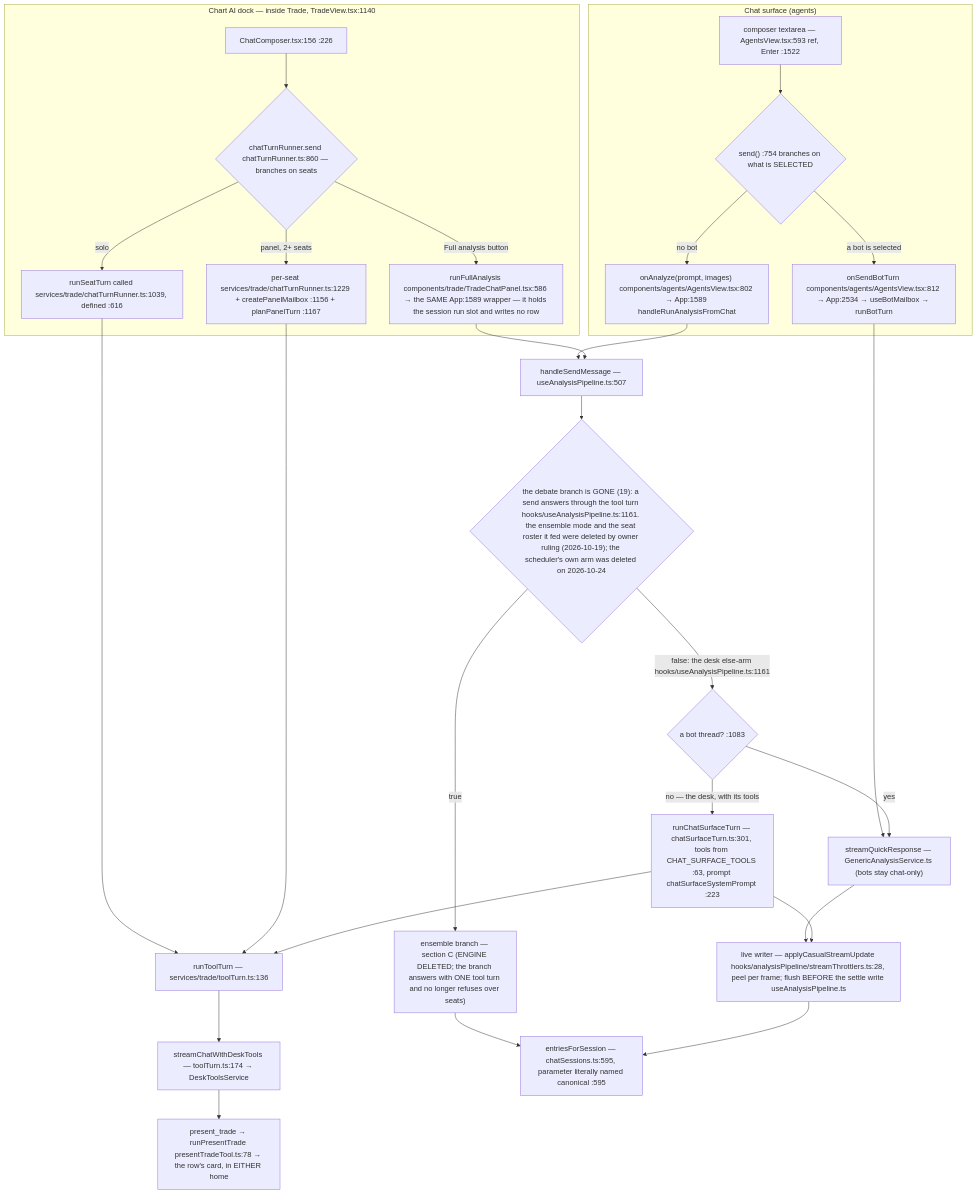
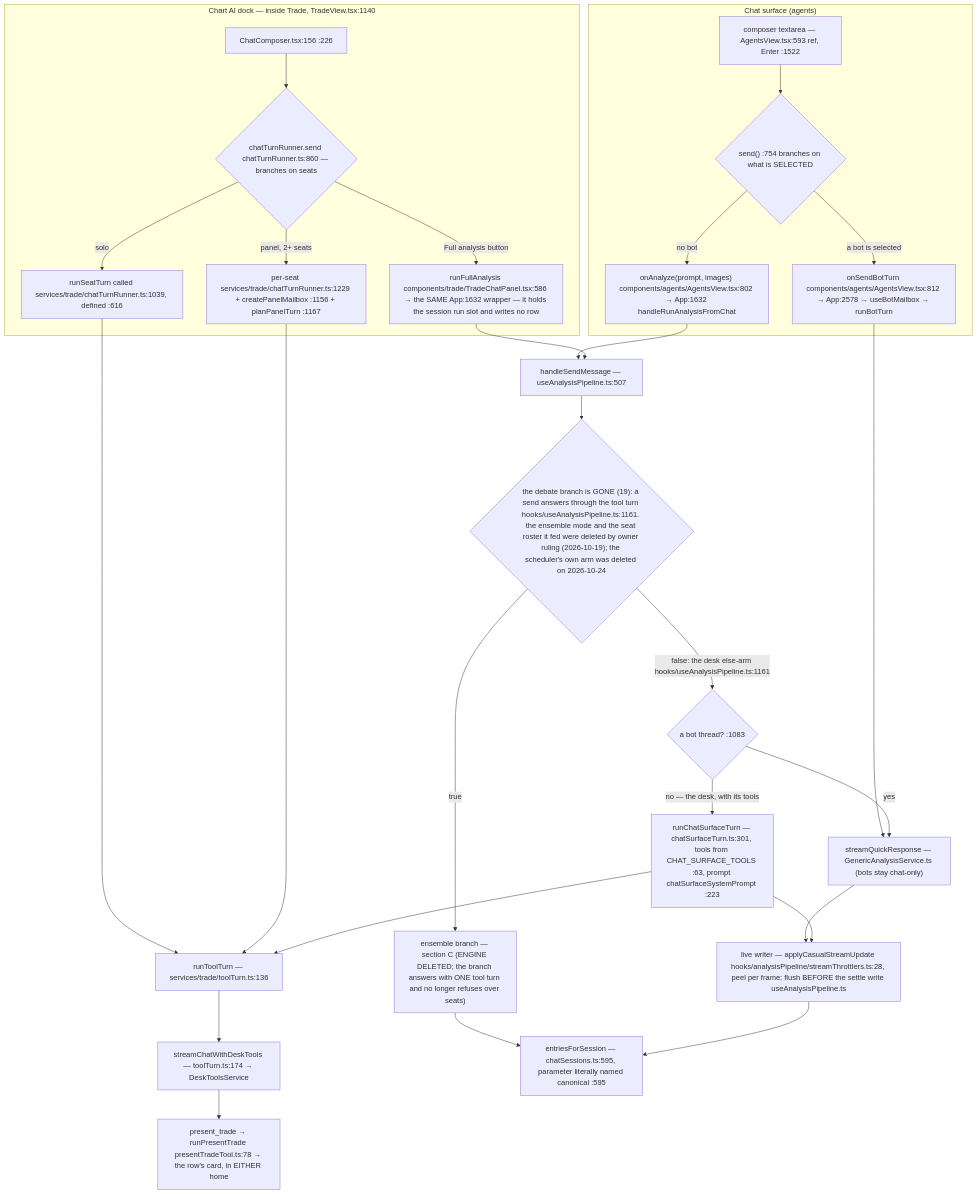
One commit to Acepay25/august-3.5 changed the second of 8 diagrams in docs/app-flow.md. Above: the diagram before and after it, drawn with Mermaid. The commit also changed other lines of this file and 2 other files, not shown here.

First line of the commit message:
docs(flow): re-anchor the citations this fix batch shifted

````diff
--- a/docs/app-flow.md
+++ b/docs/app-flow.md
@@ -78,31 +78,31 @@
 ```mermaid
 flowchart TD
     subgraph CHAT["Chat surface (agents)"]
         CB["composer textarea — AgentsView.tsx:593 ref, Enter :1522"] --> D1{"send() :754 branches on what is SELECTED"}
-        D1 -->|a bot is selected| BOT["onSendBotTurn components/agents/AgentsView.tsx:812 → App:2534 → useBotMailbox → runBotTurn"]
-        D1 -->|no bot| AN["onAnalyze(prompt, images) components/agents/AgentsView.tsx:802 → App:1589 handleRunAnalysisFromChat"]
+        D1 -->|a bot is selected| BOT["onSendBotTurn components/agents/AgentsView.tsx:812 → App:2578 → useBotMailbox → runBotTurn"]
+        D1 -->|no bot| AN["onAnalyze(prompt, images) components/agents/AgentsView.tsx:802 → App:1632 handleRunAnalysisFromChat"]
     end
     subgraph DOCK["Chart AI dock — inside Trade, TradeView.tsx:1140"]
         DC["ChatComposer.tsx:156 :226"] --> D2{"chatTurnRunner.send chatTurnRunner.ts:860 — branches on seats"}
         D2 -->|solo| SO["runSeatTurn called services/trade/chatTurnRunner.ts:1039, defined :616"]
         D2 -->|panel, 2+ seats| PN["per-seat services/trade/chatTurnRunner.ts:1229 + createPanelMailbox :1156 + planPanelTurn :1167"]
-        D2 -->|Full analysis button| FA["runFullAnalysis components/trade/TradeChatPanel.tsx:586 → the SAME App:1589 wrapper — it holds the session run slot and writes no row"]
+        D2 -->|Full analysis button| FA["runFullAnalysis components/trade/TradeChatPanel.tsx:586 → the SAME App:1632 wrapper — it holds the session run slot and writes no row"]
     end
     SO --> TT["runToolTurn — services/trade/toolTurn.ts:136"]
     PN --> TT
     TT --> SCDT["streamChatWithDeskTools — toolTurn.ts:174 → DeskToolsService"]
     BOT --> TR["streamQuickResponse — GenericAnalysisService.ts (bots stay chat-only)"]
     AN --> HSM["handleSendMessage — useAnalysisPipeline.ts:507"]
     FA --> HSM
     HSM --> D3{"the debate branch is GONE (19): a send answers through the tool turn hooks/useAnalysisPipeline.ts:1161. the ensemble mode and the seat roster it fed were deleted by owner ruling (2026-10-19); the scheduler's own arm was deleted on 2026-10-24"}
     D3 -->|true| ENS["ensemble branch — section C (ENGINE DELETED; the branch answers with ONE tool turn and no longer refuses over seats)"]
     D3 -->|false: the desk else-arm hooks/useAnalysisPipeline.ts:1161| SPLIT{"a bot thread? :1083"}
     SPLIT -->|yes| TR
     SPLIT -->|no — the desk, with its tools| CST["runChatSurfaceTurn — chatSurfaceTurn.ts:301, tools from CHAT_SURFACE_TOOLS :63, prompt chatSurfaceSystemPrompt :223"]
     CST --> TT
     TR --> LW["live writer — applyCasualStreamUpdate hooks/analysisPipeline/streamThrottlers.ts:28, peel per frame; flush BEFORE the settle write useAnalysisPipeline.ts"]
     CST --> LW
     ENS --> MERGE
     LW --> MERGE["entriesForSession — chatSessions.ts:595, parameter literally named canonical :595"]
     SCDT --> PT["present_trade → runPresentTrade presentTradeTool.ts:78 → the row's card, in EITHER home"]
 ```
````
